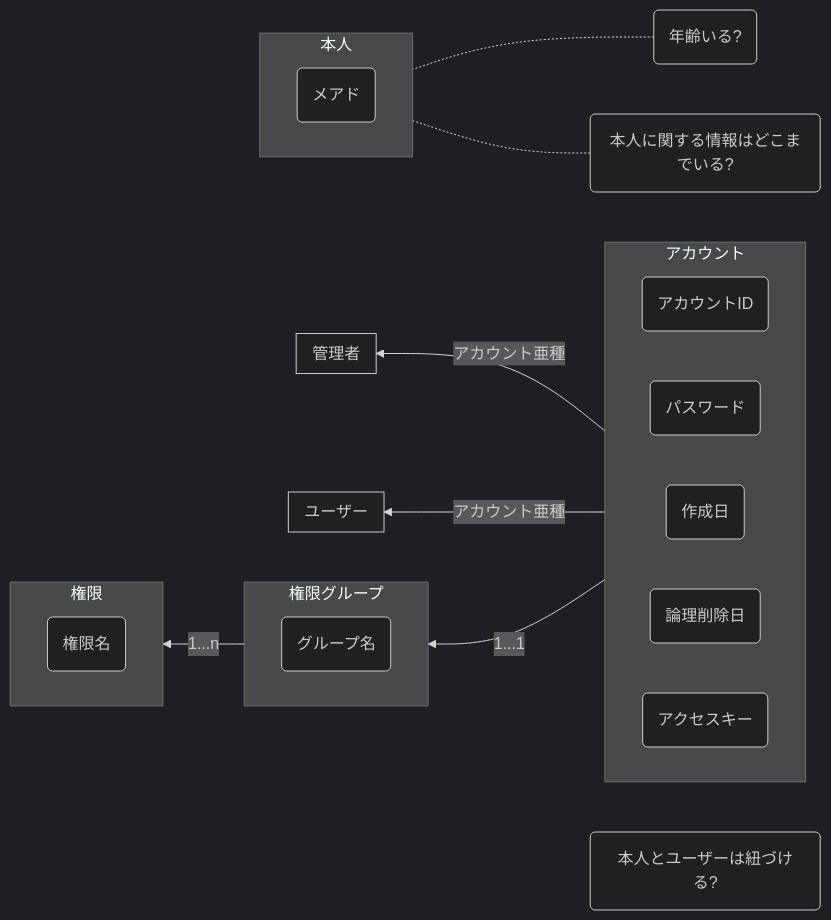
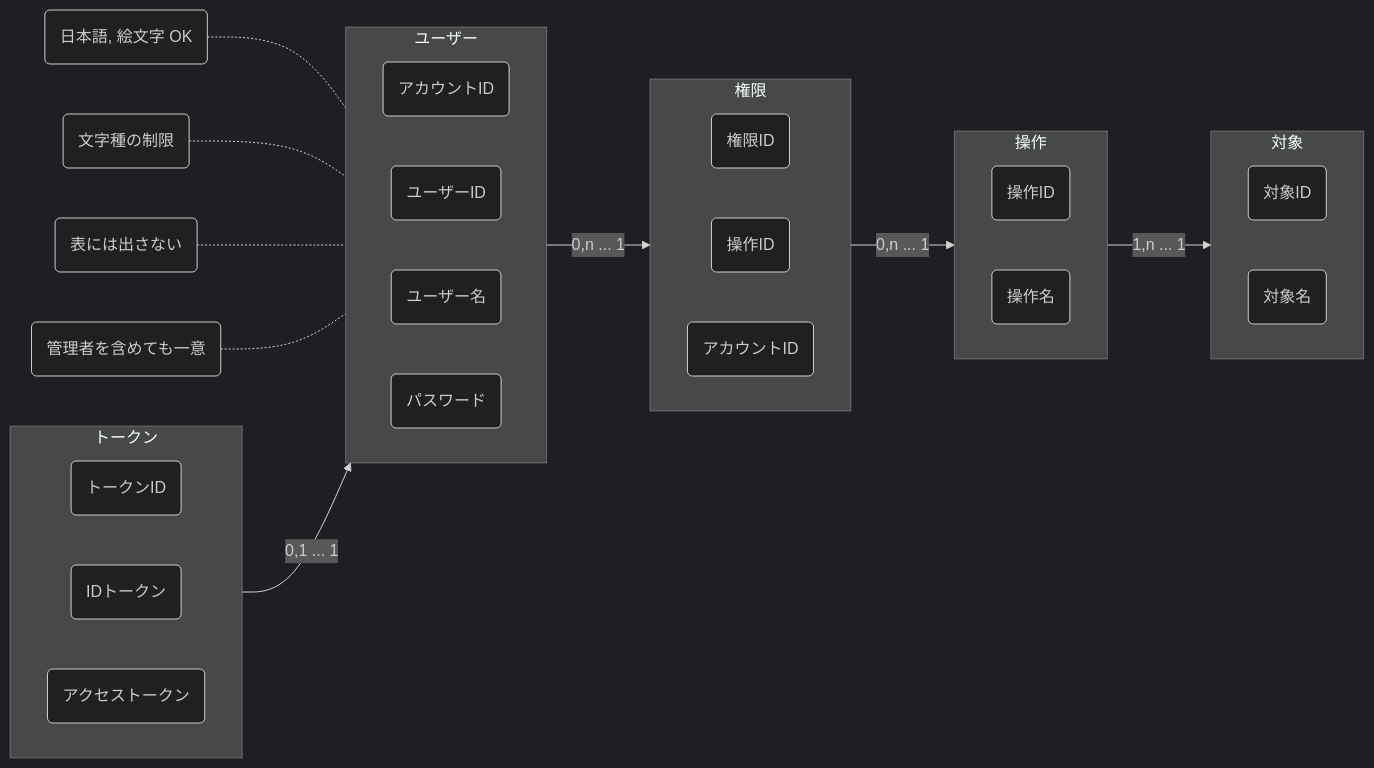
One commit to ozaki-physics/raison-me changed the third of 3 diagrams in docs/info/auth-control.md. Above: the diagram before and after it, drawn with Mermaid (dark theme). The commit also changed other lines of this file and 4 other files, not shown here.

Commit message:
docs: 権限管理 のドメインモデル図を考える #13

````diff
--- a/docs/info/auth-control.md
+++ b/docs/info/auth-control.md
@@ -246,44 +245,45 @@
 ```mermaid
-flowchart RL
-  subgraph account [アカウント]
+flowchart LR
+  subgraph context [対象]
     direction LR
-    account_id(アカウントID)
-    pass(パスワード)
-    createTime(作成日)
-    deleteTime(論理削除日)
-    accessKey(アクセスキー)
+    contextID(対象ID)
+    contextName(対象名)
+  end
+  subgraph operation [操作]
+    direction LR
+    operationID(操作ID)
+    operationName(操作名)
+  end
+  subgraph authorization [権限]
+    direction LR
+    authorizationID(権限ID)
+    fooID(操作ID)
+    barID(アカウントID)
+  end
+  subgraph user [ユーザー]
+    direction LR
+    accountID(アカウントID)
+    userID(ユーザーID)
+    userName(ユーザー名)
+    password(パスワード)
+  end
+  subgraph token [トークン]
+    direction LR
+    tokenID(トークンID)
+    IDToken(IDトークン)
+    accessToken(アクセストークン)
   end
 
-  account -- 1...1 --> accessGroup
-  subgraph access [権限]
-    direction LR
-    access_name(権限名)
-  end
+operation -- 1,n ... 1 --> context
+authorization -- 0,n ... 1 --> operation
+user -- 0,n ... 1 --> authorization
+token -- 0,1 ... 1 --> user
 
-  accessGroup -- 1...n --> access
-  subgraph accessGroup [権限グループ]
-    direction LR
-    group_name(グループ名)
-  end
-
-  account --"アカウント亜種"--> user
-  subgraph user [ユーザー]
-    direction LR
-  end
-
-  account --"アカウント亜種"--> admin
-  subgraph admin [管理者]
-    direction LR
-  end
-
-  subgraph person [本人]
-    direction LR
-    email(メアド)
-  end
- 
-question01("年齢いる?")
-question01 -.- person
-question02("本人に関する情報はどこまでいる?")
-question02 -.- person
-question03("本人とユーザーは紐づける?")
+rule01("日本語, 絵文字 OK")
+rule01 -.- userName
+rule02("文字種の制限")
+rule02 -.- password
+rule03("表には出さない")
+rule04("管理者を含めても一意")
+rule03 & rule04 -.- accountID
 ```
````
